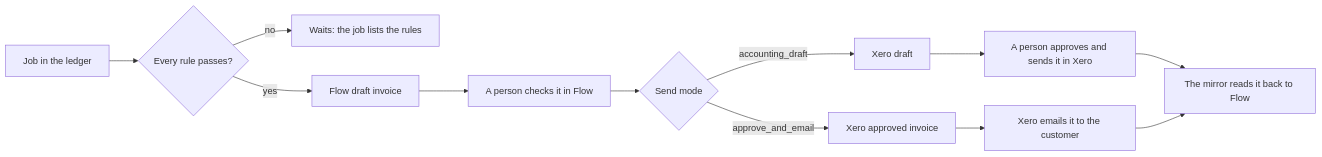
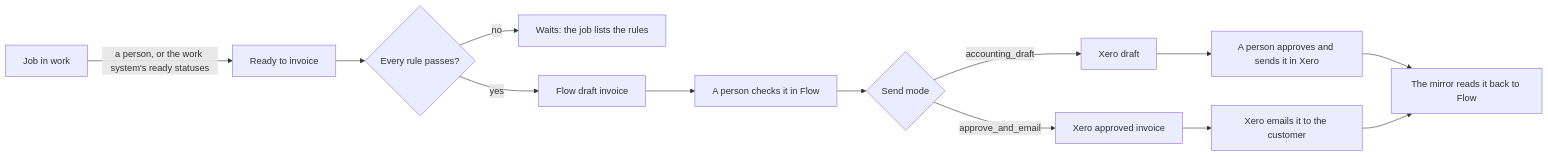
One commit to arcforgelabs/flow changed the diagram in docs/INVOICING_RULES.md. Above: the diagram before and after it, drawn with Mermaid. The commit also changed other lines of this file and 23 other files, not shown here.

First line of the commit message:
feat: Flow's own ready-to-invoice stage, with automations

````diff
--- a/docs/INVOICING_RULES.md
+++ b/docs/INVOICING_RULES.md
@@ -11,14 +12,15 @@
 ```mermaid
 flowchart LR
-  job[Job in the ledger] --> rules{Every rule passes?}
+  work[Job in work] -- a person, or the work system's ready statuses --> job[Ready to invoice]
+  job --> rules{Every rule passes?}
   rules -- no --> wait[Waits: the job lists the rules]
   rules -- yes --> draft[Flow draft invoice]
   draft --> check[A person checks it in Flow]
   check --> mode{Send mode}
   mode -- accounting_draft --> xdraft[Xero draft]
   xdraft --> xapprove[A person approves and sends it in Xero]
   mode -- approve_and_email --> xauth[Xero approved invoice]
   xauth --> xemail[Xero emails it to the customer]
   xapprove --> back[The mirror reads it back to Flow]
   xemail --> back
 ```
````
